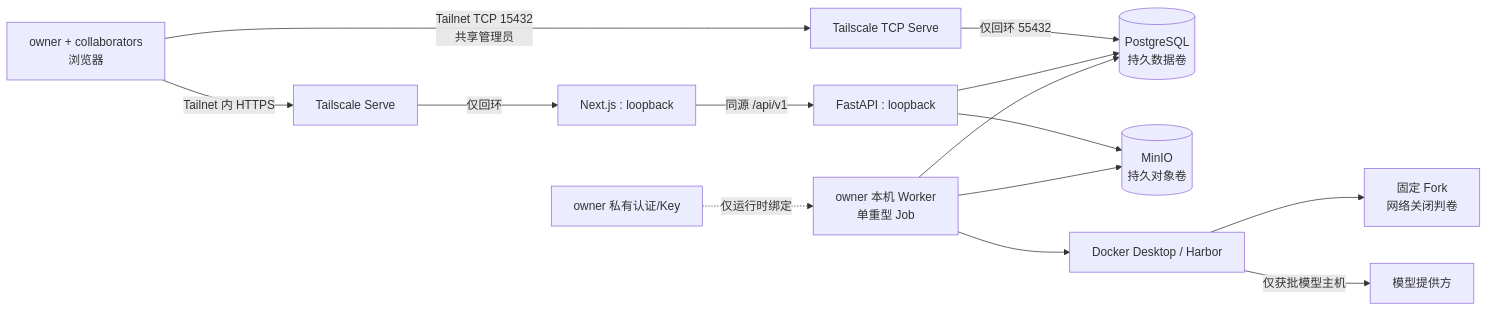
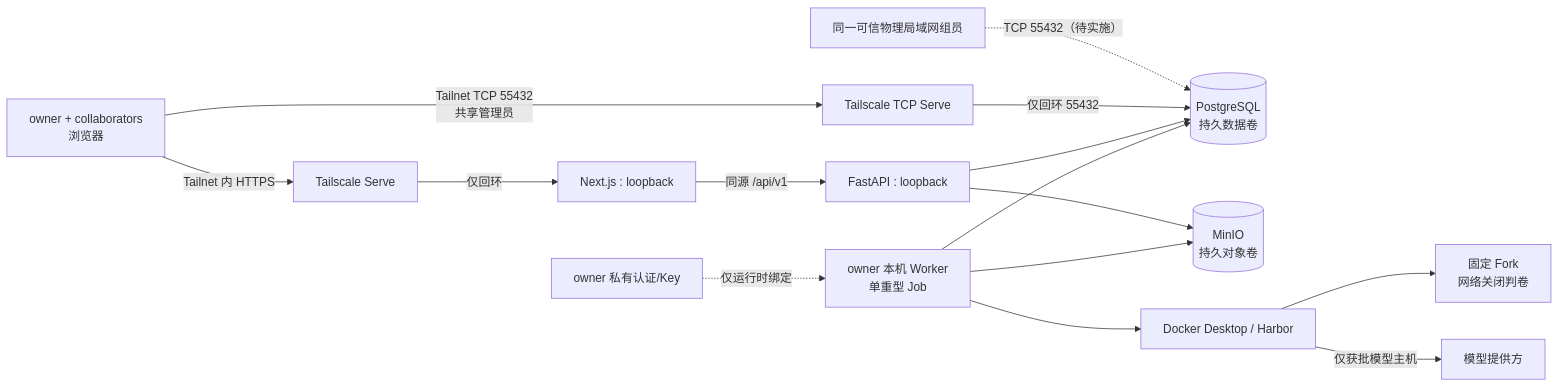
One commit to Floraluke/agent-exam changed the diagram in docs/architecture/modules/owner-host-runtime/ARCHITECTURE.md. Above: the diagram before and after it, drawn with Mermaid. The commit also changed other lines of this file and 39 other files, not shown here.

````diff
--- a/docs/architecture/modules/owner-host-runtime/ARCHITECTURE.md
+++ b/docs/architecture/modules/owner-host-runtime/ARCHITECTURE.md
@@ -33,16 +33,17 @@
 ```mermaid
 flowchart LR
   Members[owner + collaborators\n浏览器] -->|Tailnet 内 HTTPS| Serve[Tailscale Serve]
-  Members -->|Tailnet TCP 15432\n共享管理员| DbServe[Tailscale TCP Serve]
+  Members -->|Tailnet TCP 55432\n共享管理员| DbServe[Tailscale TCP Serve]
+  LanMembers[同一可信物理局域网组员] -. TCP 55432（待实施） .-> PG
   Serve -->|仅回环| Web[Next.js : loopback]
   DbServe -->|仅回环 55432| PG
   Web -->|同源 /api/v1| API[FastAPI : loopback]
   API --> PG[(PostgreSQL\n持久数据卷)]
   API --> MinIO[(MinIO\n持久对象卷)]
   Worker[owner 本机 Worker\n单重型 Job] --> PG
   Worker --> MinIO
   Worker --> Docker[Docker Desktop / Harbor]
   Docker --> Fork[固定 Fork\n网络关闭判卷]
   Docker -->|仅获批模型主机| Models[模型提供方]
   Secrets[owner 私有认证/Key] -.仅运行时绑定.-> Worker
 ```
````
